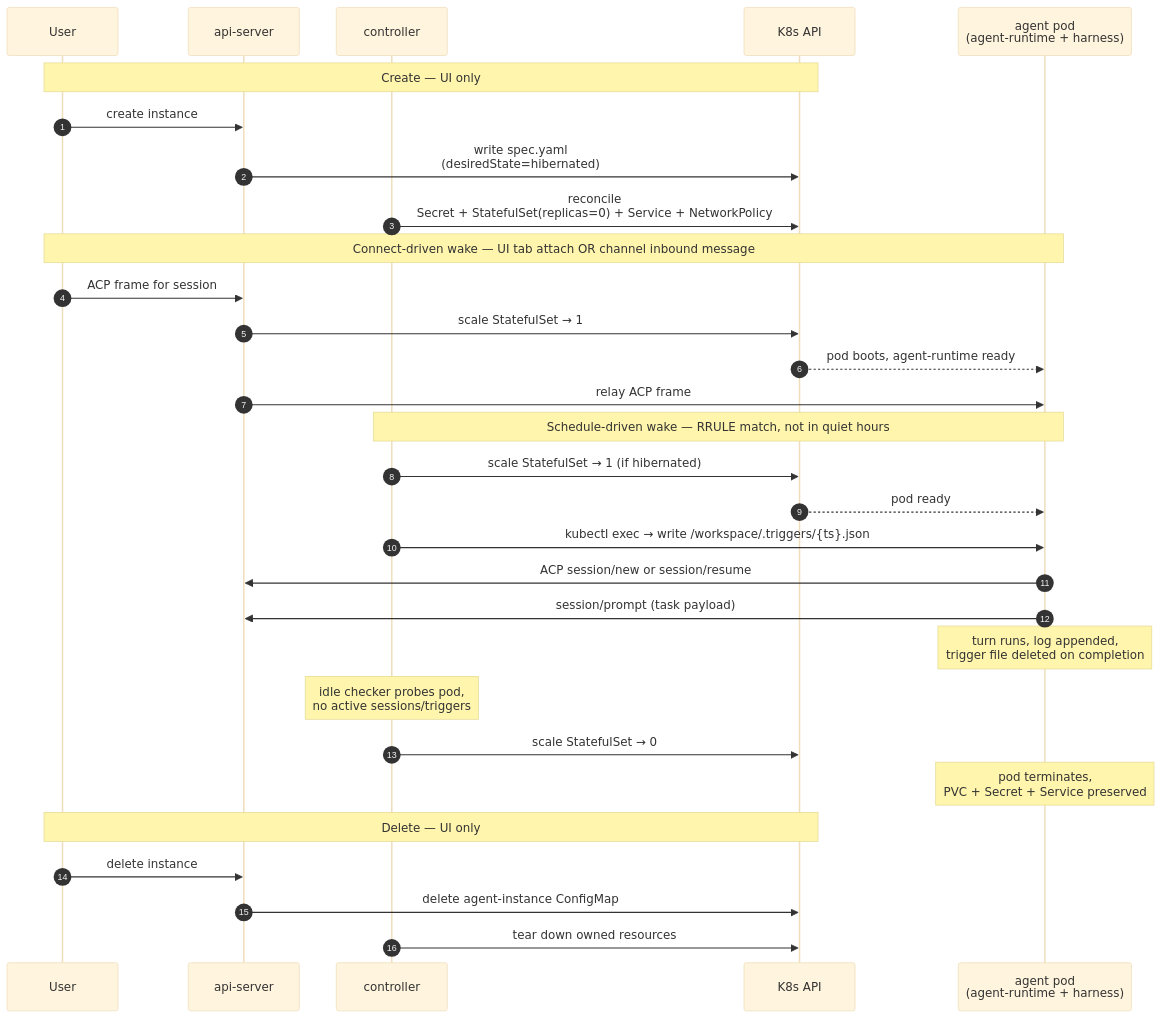
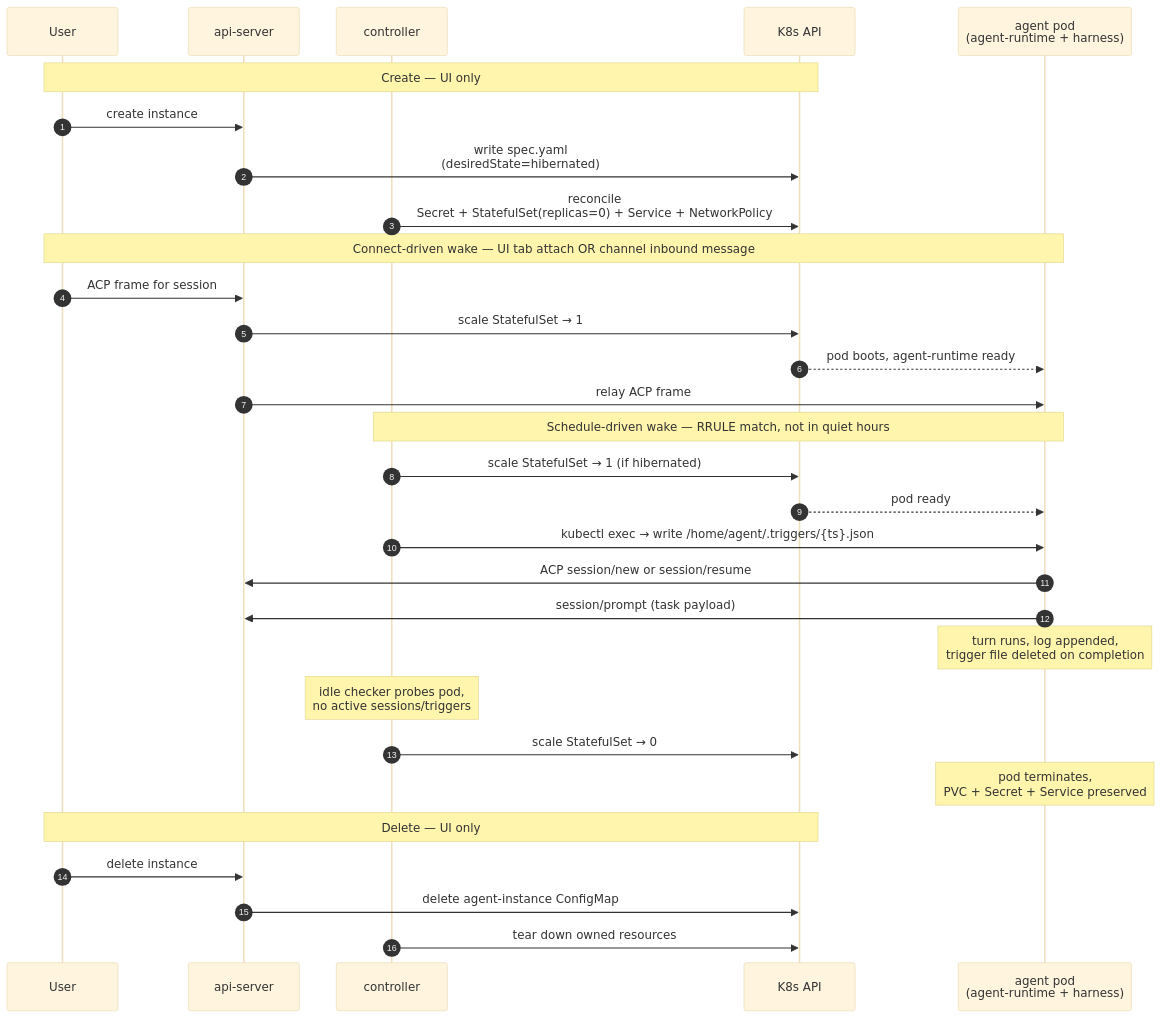
One commit to kagenti/humr changed the diagram in docs/architecture/agent-lifecycle.md. Above: the diagram before and after it, drawn with Mermaid (base theme). The commit also changed other lines of this file and 4 other files, not shown here.

First line of the commit message:
docs: fix drift between architecture pages, ADRs, and code

````diff
--- a/docs/architecture/agent-lifecycle.md
+++ b/docs/architecture/agent-lifecycle.md
@@ -26,37 +26,37 @@
 ```mermaid
 sequenceDiagram
   autonumber
   participant U as User
   participant API as api-server
   participant C as controller
   participant K as K8s API
   participant P as agent pod<br/>(agent-runtime + harness)
 
   Note over U,K: Create — UI only
   U->>API: create instance
   API->>K: write spec.yaml<br/>(desiredState=hibernated)
   C->>K: reconcile<br/>Secret + StatefulSet(replicas=0) + Service + NetworkPolicy
 
   Note over U,P: Connect-driven wake — UI tab attach OR channel inbound message
   U->>API: ACP frame for session
   API->>K: scale StatefulSet → 1
   K-->>P: pod boots, agent-runtime ready
   API->>P: relay ACP frame
 
   Note over C,P: Schedule-driven wake — RRULE match, not in quiet hours
   C->>K: scale StatefulSet → 1 (if hibernated)
   K-->>P: pod ready
-  C->>P: kubectl exec → write /workspace/.triggers/{ts}.json
+  C->>P: kubectl exec → write /home/agent/.triggers/{ts}.json
   P->>API: ACP session/new or session/resume
   P->>API: session/prompt (task payload)
   Note over P: turn runs, log appended,<br/>trigger file deleted on completion
 
   Note over C: idle checker probes pod,<br/>no active sessions/triggers
   C->>K: scale StatefulSet → 0
   Note over P: pod terminates,<br/>PVC + Secret + Service preserved
 
   Note over U,K: Delete — UI only
   U->>API: delete instance
   API->>K: delete agent-instance ConfigMap
   C->>K: tear down owned resources
 ```
````
